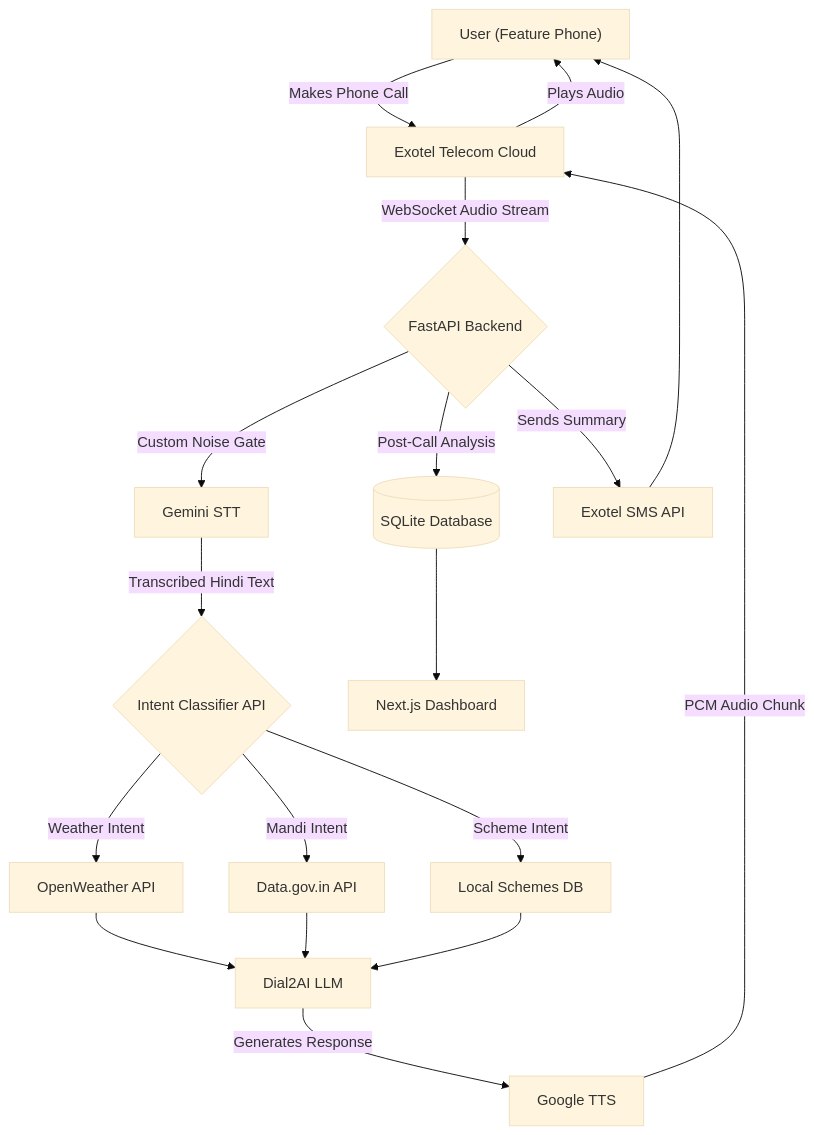
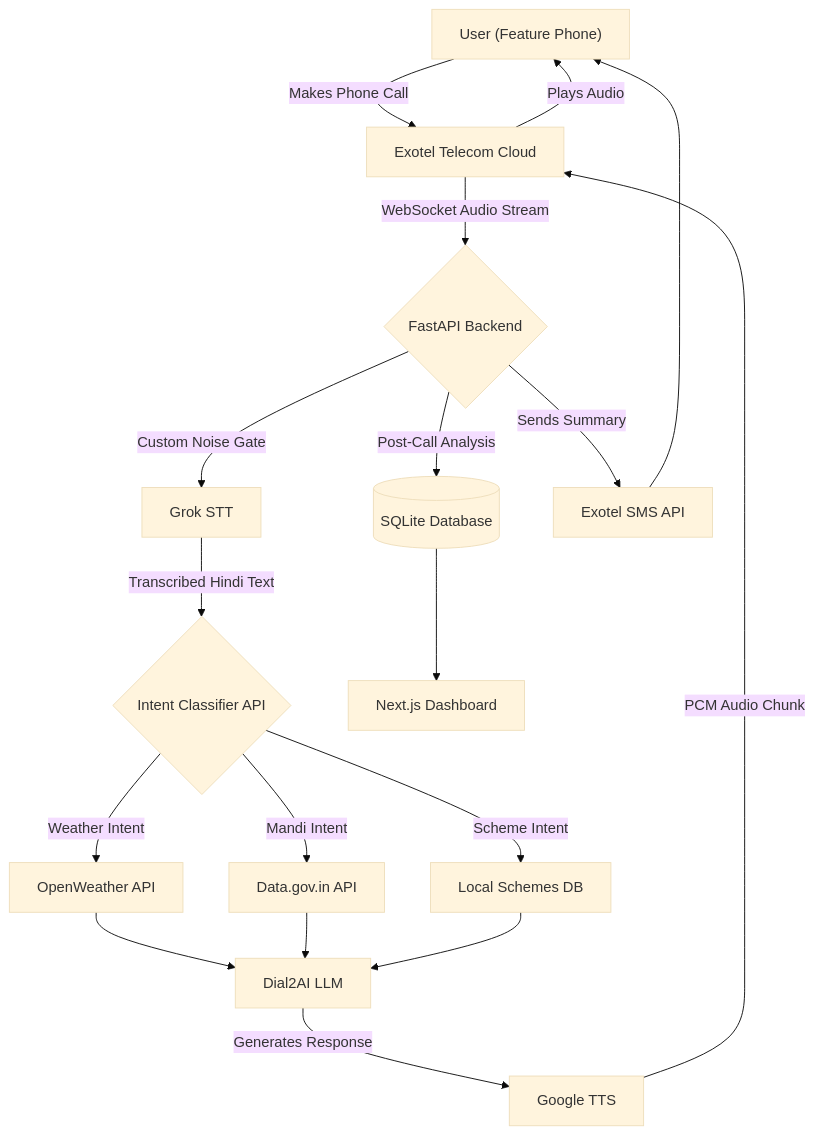
One commit to rudrakshia30/Dial-2-AI changed the second of 2 diagrams in Final backend/Final backend/Readme.md. Above: the diagram before and after it, drawn with Mermaid (base theme). The commit also changed other lines of this file and 1 other file, not shown here.

Commit message:
Update documentation for Grok API and XAI_API_KEY

````diff
--- a/Final backend/Final backend/Readme.md
+++ b/Final backend/Final backend/Readme.md
@@ -159,20 +159,20 @@
 ```mermaid
 graph TD
     A["User (Feature Phone)"] -->|"Makes Phone Call"| B["Exotel Telecom Cloud"]
     B -->|"WebSocket Audio Stream"| C{"FastAPI Backend"}
-    C -->|"Custom Noise Gate"| D["Gemini STT"]
+    C -->|"Custom Noise Gate"| D["Grok STT"]
     D -->|"Transcribed Hindi Text"| E{"Intent Classifier API"}
     E -->|"Weather Intent"| F["OpenWeather API"]
     E -->|"Mandi Intent"| G["Data.gov.in API"]
     E -->|"Scheme Intent"| H["Local Schemes DB"]
     F --> I["Dial2AI LLM"]
     G --> I
     H --> I
     I -->|"Generates Response"| J["Google TTS"]
     J -->|"PCM Audio Chunk"| B
     B -->|"Plays Audio"| A
     C -->|"Post-Call Analysis"| K[("SQLite Database")]
     C -->|"Sends Summary"| L["Exotel SMS API"]
     L --> A
     K --> M["Next.js Dashboard"]
 ```
````
